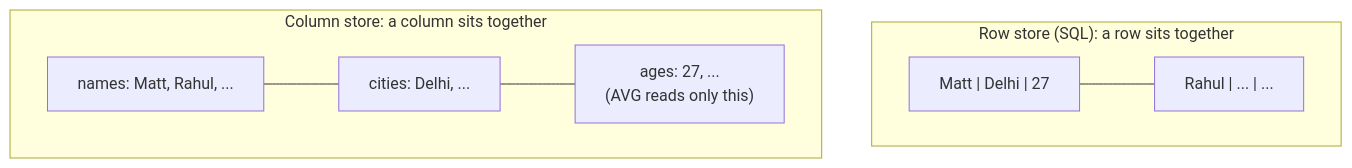
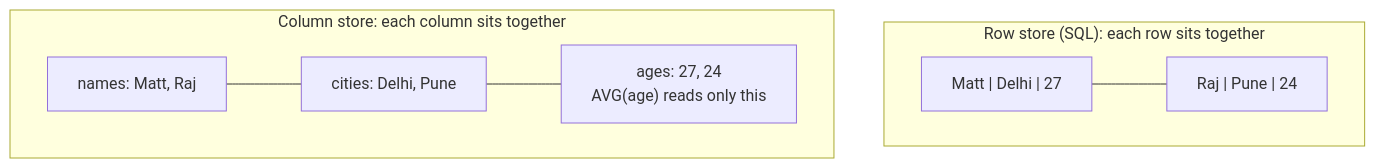
The tenth of 13 diagrams in dbms/15-nosql.md (aaryan-pradhan/core-cs-fundamentals), drawn with Mermaid before and after one commit. The commit also changed other lines of this file, not shown here.

````diff
--- a/dbms/15-nosql.md
+++ b/dbms/15-nosql.md
@@ -238,11 +149,11 @@
 ```mermaid
 flowchart TB
-  subgraph Row["Row store (SQL): a row sits together"]
+  subgraph RS["Row store (SQL): each row sits together"]
     direction LR
-    r1["Matt | Delhi | 27"] --- r2["Rahul | ... | ..."]
+    r1["Matt | Delhi | 27"] --- r2["Raj | Pune | 24"]
   end
-  subgraph Col["Column store: a column sits together"]
+  subgraph CS["Column store: each column sits together"]
     direction LR
-    c1["names: Matt, Rahul, ..."] --- c2["cities: Delhi, ..."] --- c3["ages: 27, ...<br/>(AVG reads only this)"]
+    c1["names: Matt, Raj"] --- c2["cities: Delhi, Pune"] --- c3["ages: 27, 24<br/>AVG(age) reads only this"]
   end
 ```
````
